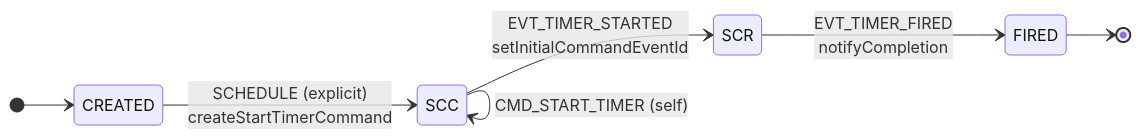
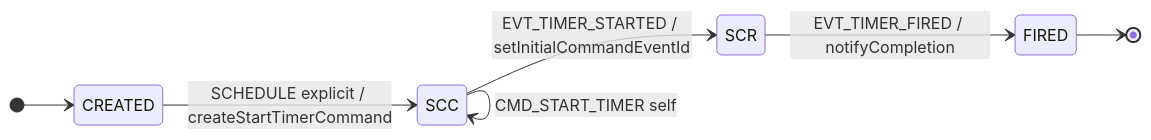
One commit to HyoungDaeKim/temporalio-samples-java changed the eighth of 10 diagrams in doc/temporal/14-state-machines.md. Above: the diagram before and after it, drawn with Mermaid. The commit also changed other lines of this file and 2 other files, not shown here.

````diff
--- a/doc/temporal/14-state-machines.md
+++ b/doc/temporal/14-state-machines.md
@@ -457,10 +456,10 @@
 ```mermaid
 stateDiagram-v2
     direction LR
     [*] --> CREATED
-    CREATED --> SCC : SCHEDULE (explicit)<br/>createStartTimerCommand
-    SCC --> SCC : CMD_START_TIMER (self)
-    SCC --> SCR : EVT_TIMER_STARTED<br/>setInitialCommandEventId
-    SCR --> FIRED : EVT_TIMER_FIRED<br/>notifyCompletion
+    CREATED --> SCC : SCHEDULE explicit / createStartTimerCommand
+    SCC --> SCC : CMD_START_TIMER self
+    SCC --> SCR : EVT_TIMER_STARTED / setInitialCommandEventId
+    SCR --> FIRED : EVT_TIMER_FIRED / notifyCompletion
     FIRED --> [*]
 ```
````
